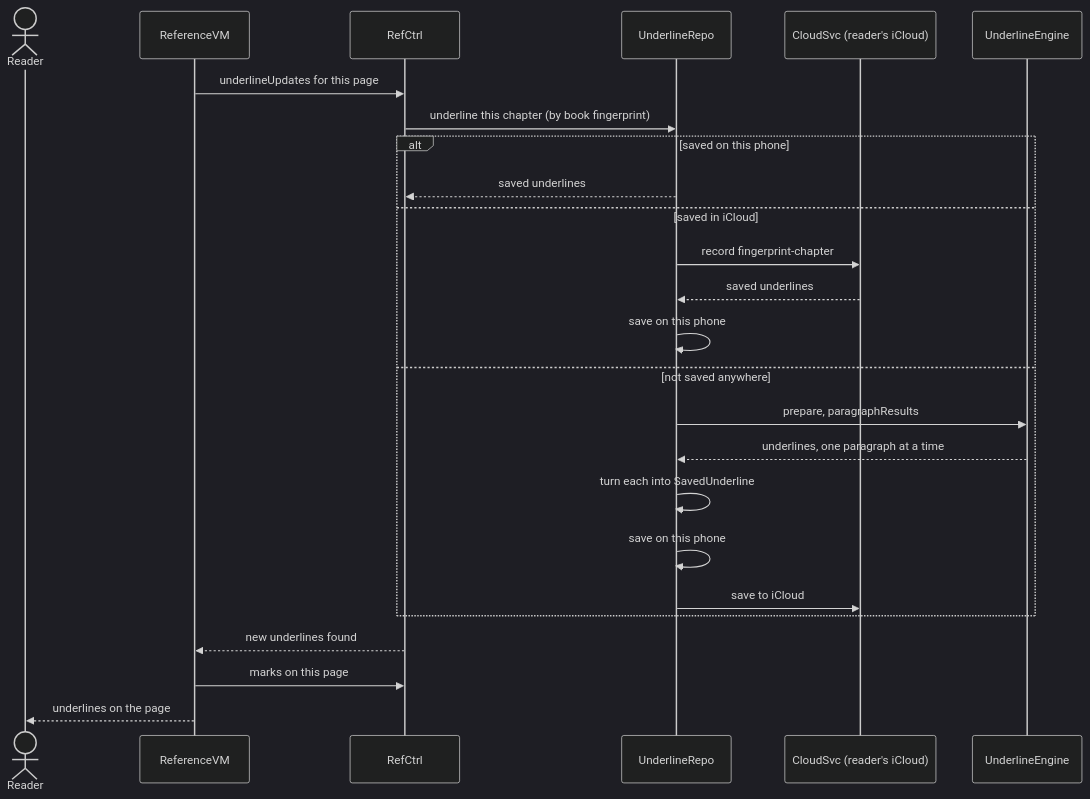
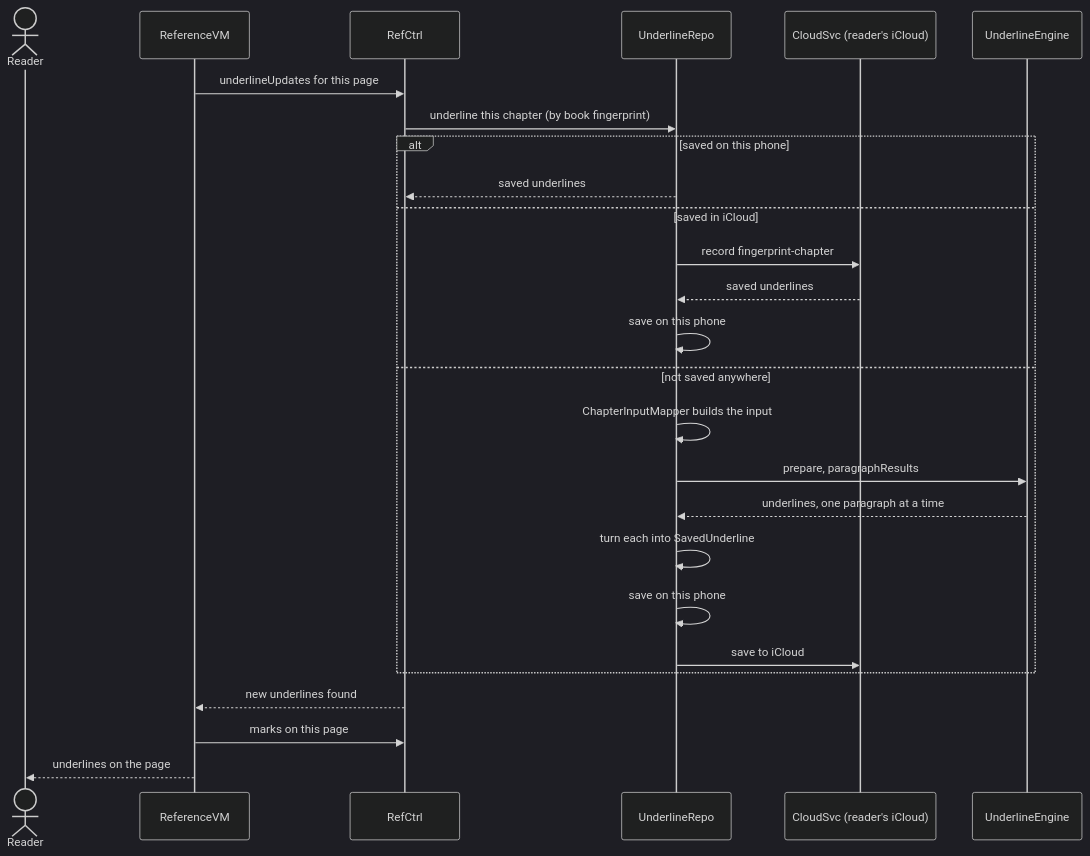
One commit to AftrHours/iRead changed the diagram in docs/diagrams/10-sequence-underlines.mmd. Above: the diagram before and after it, drawn with Mermaid (dark theme). The commit also changed 5 other files, not shown here.

```diff
--- a/docs/diagrams/10-sequence-underlines.mmd
+++ b/docs/diagrams/10-sequence-underlines.mmd
@@ -1,26 +1,27 @@
 sequenceDiagram
   actor Reader
   participant ReferenceVM
   participant RefCtrl
   participant UnderlineRepo
   participant CloudSvc as CloudSvc (reader's iCloud)
   participant Engine as UnderlineEngine
 
   ReferenceVM->>RefCtrl: underlineUpdates for this page
   RefCtrl->>UnderlineRepo: underline this chapter (by book fingerprint)
   alt saved on this phone
     UnderlineRepo-->>RefCtrl: saved underlines
   else saved in iCloud
     UnderlineRepo->>CloudSvc: record fingerprint-chapter
     CloudSvc-->>UnderlineRepo: saved underlines
     UnderlineRepo->>UnderlineRepo: save on this phone
   else not saved anywhere
+    UnderlineRepo->>UnderlineRepo: ChapterInputMapper builds the input
     UnderlineRepo->>Engine: prepare, paragraphResults
     Engine-->>UnderlineRepo: underlines, one paragraph at a time
     UnderlineRepo->>UnderlineRepo: turn each into SavedUnderline
     UnderlineRepo->>UnderlineRepo: save on this phone
     UnderlineRepo->>CloudSvc: save to iCloud
   end
   RefCtrl-->>ReferenceVM: new underlines found
   ReferenceVM->>RefCtrl: marks on this page
   ReferenceVM-->>Reader: underlines on the page
```
